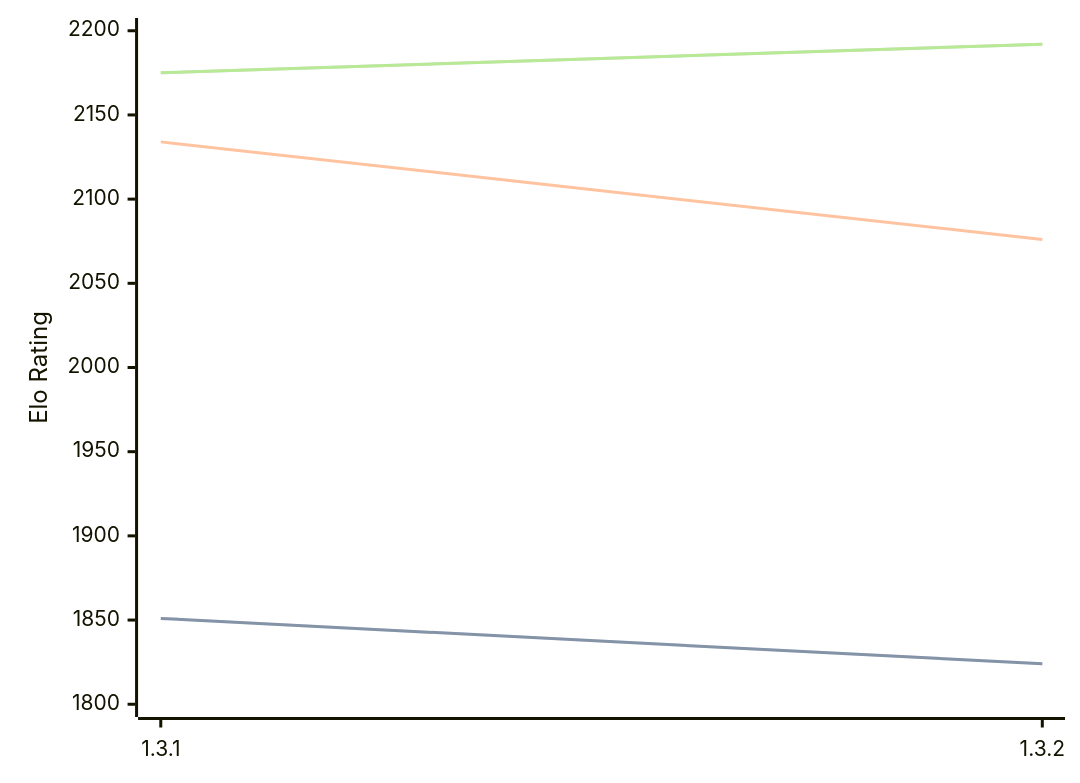
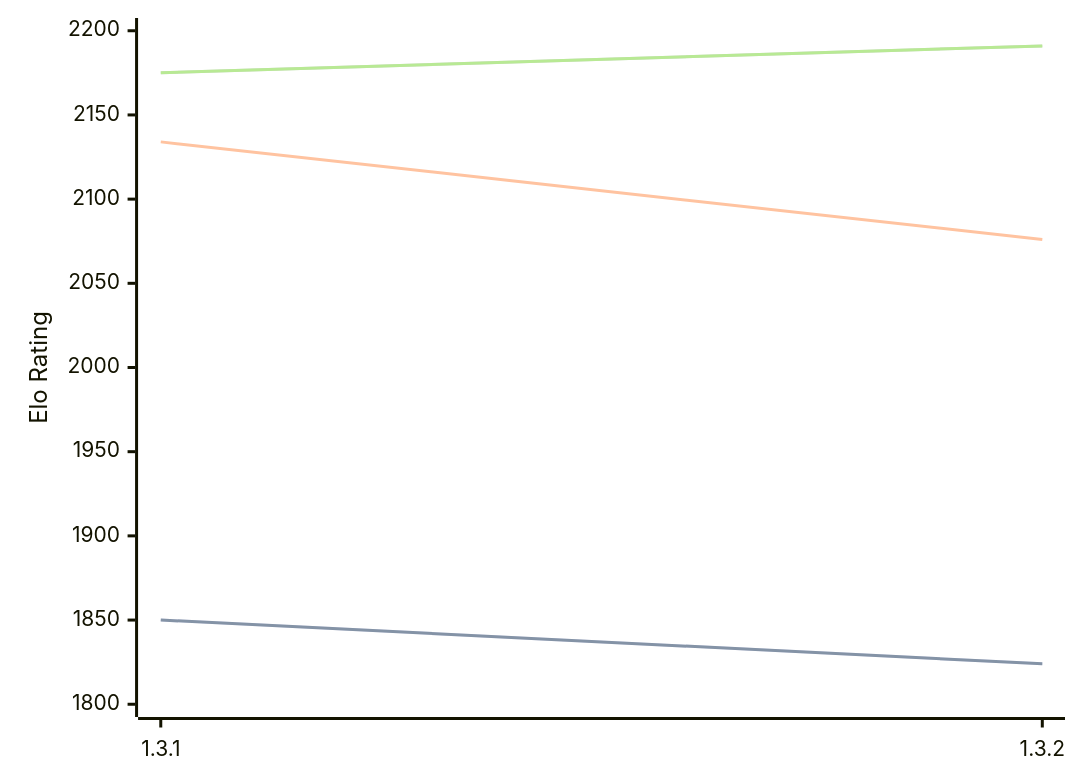
Before and after one commit to computer-chess-index/cci: the first of 3 diagrams in engines/Zugblitz.md, drawn with Mermaid. The commit also changed other lines of this file, not shown here.

Commit message:
Update CCI Ratings (ELO VLTC) - 2026-06-30

````diff
--- a/engines/Zugblitz.md
+++ b/engines/Zugblitz.md
@@ -32,11 +32,11 @@
 ```mermaid
 %%{init: {"theme":"base","themeVariables":{"seriesColors:['#a3a3a3','#222221','#faa371']}}}%%
 xychart-beta
   x-axis ["1.3.1", "1.3.2"]
   y-axis "Elo Rating" 1800 --> 2200
-  line "STC (8.0+0.08s)" [1851, 1824]
-  line "STC (8.0+0.08s)" [1851, 1824]
+  line "STC (8.0+0.08s)" [1850, 1824]
+  line "STC (8.0+0.08s)" [1850, 1824]
   line "LTC (60.0+0.60s)" [2134, 2076]
-  line "VLTC (2m24s+1.12s)" [2175, 2192]
-  line "VLTC (2m24s+1.12s)" [2175, 2192]
+  line "VLTC (2m24s+1.12s)" [2175, 2191]
+  line "VLTC (2m24s+1.12s)" [2175, 2191]
 ```
````
